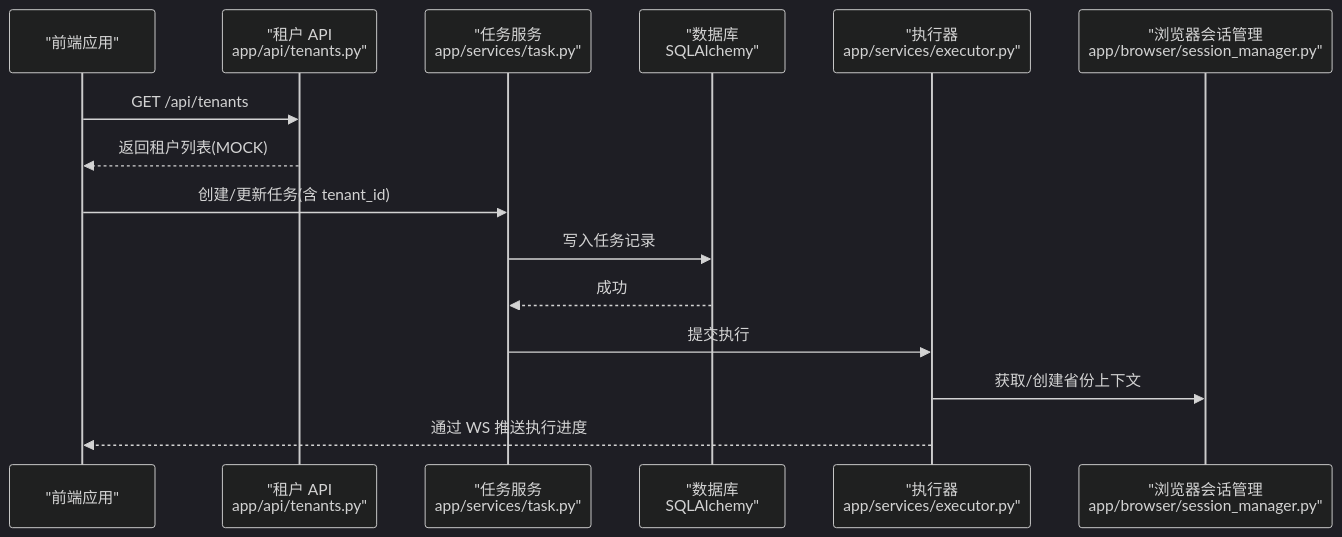
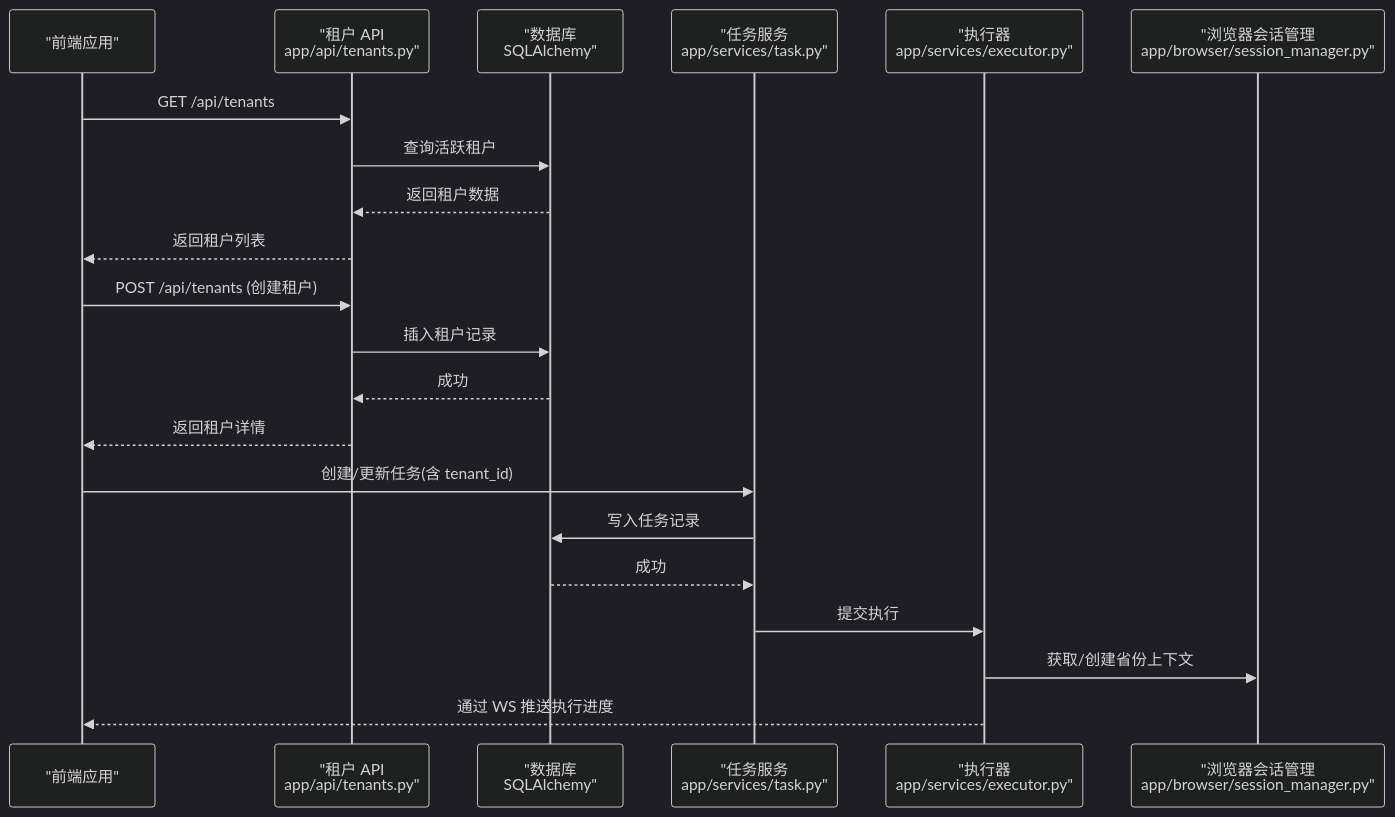
The second of 11 diagrams in .qoder/repowiki/zh/content/多租户权限管理/租户管理模块.md (onebody/ccclubs_AI_RPA), drawn with Mermaid (dark theme) before and after one commit. The commit also changed other lines of this file and 16 other files, not shown here.

````diff
--- a/.qoder/repowiki/zh/content/多租户权限管理/租户管理模块.md
+++ b/.qoder/repowiki/zh/content/多租户权限管理/租户管理模块.md
@@ -116,17 +134,23 @@
 ```mermaid
 sequenceDiagram
 participant FE as "前端应用"
 participant API as "租户 API<br/>app/api/tenants.py"
+participant DB as "数据库<br/>SQLAlchemy"
 participant SVC as "任务服务<br/>app/services/task.py"
-participant DB as "数据库<br/>SQLAlchemy"
 participant EXE as "执行器<br/>app/services/executor.py"
 participant SM as "浏览器会话管理<br/>app/browser/session_manager.py"
 FE->>API : GET /api/tenants
-API-->>FE : 返回租户列表(MOCK)
+API->>DB : 查询活跃租户
+DB-->>API : 返回租户数据
+API-->>FE : 返回租户列表
+FE->>API : POST /api/tenants (创建租户)
+API->>DB : 插入租户记录
+DB-->>API : 成功
+API-->>FE : 返回租户详情
 FE->>SVC : 创建/更新任务(含 tenant_id)
 SVC->>DB : 写入任务记录
 DB-->>SVC : 成功
 SVC->>EXE : 提交执行
 EXE->>SM : 获取/创建省份上下文
 EXE-->>FE : 通过 WS 推送执行进度
 ```
````
